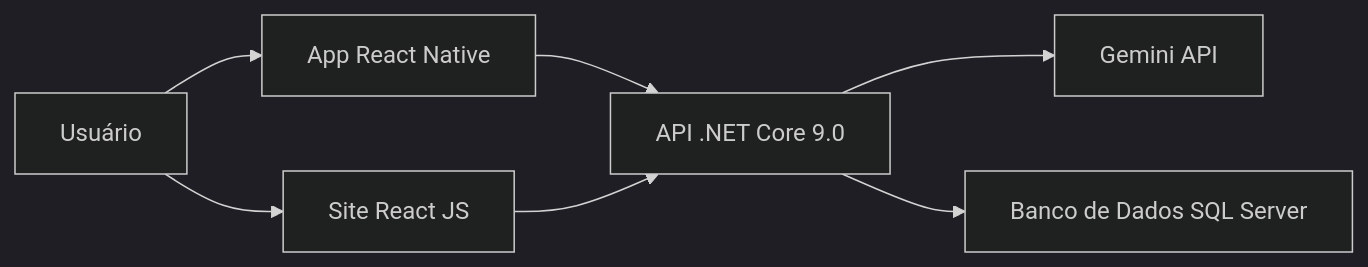
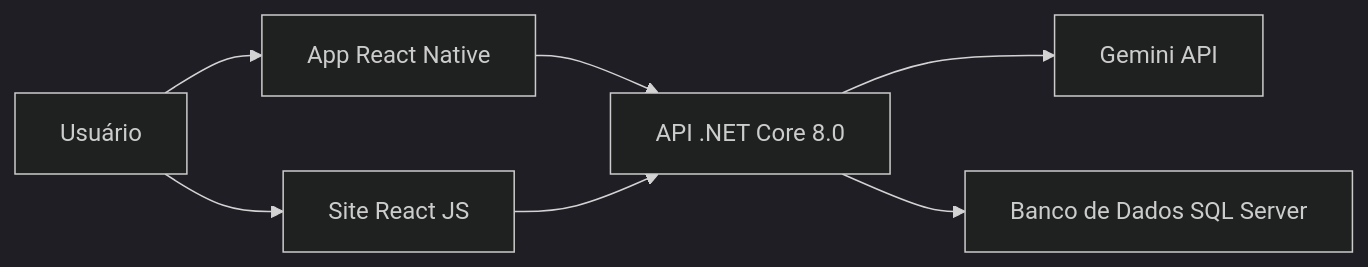
Before and after one commit to Brun0HM/EnerCheckPrincipal: the diagram in README.md, drawn with Mermaid (dark theme).

````diff
--- a/README.md
+++ b/README.md
@@ -96,9 +96,9 @@
 ```mermaid
 graph LR
 A[Usuário] --> B[App React Native]
 A --> C[Site React JS]
-B --> D[API .NET Core 9.0]
+B --> D[API .NET Core 8.0]
 C --> D
 D --> E[Gemini API]
 D --> F[Banco de Dados SQL Server]
 ```
````
